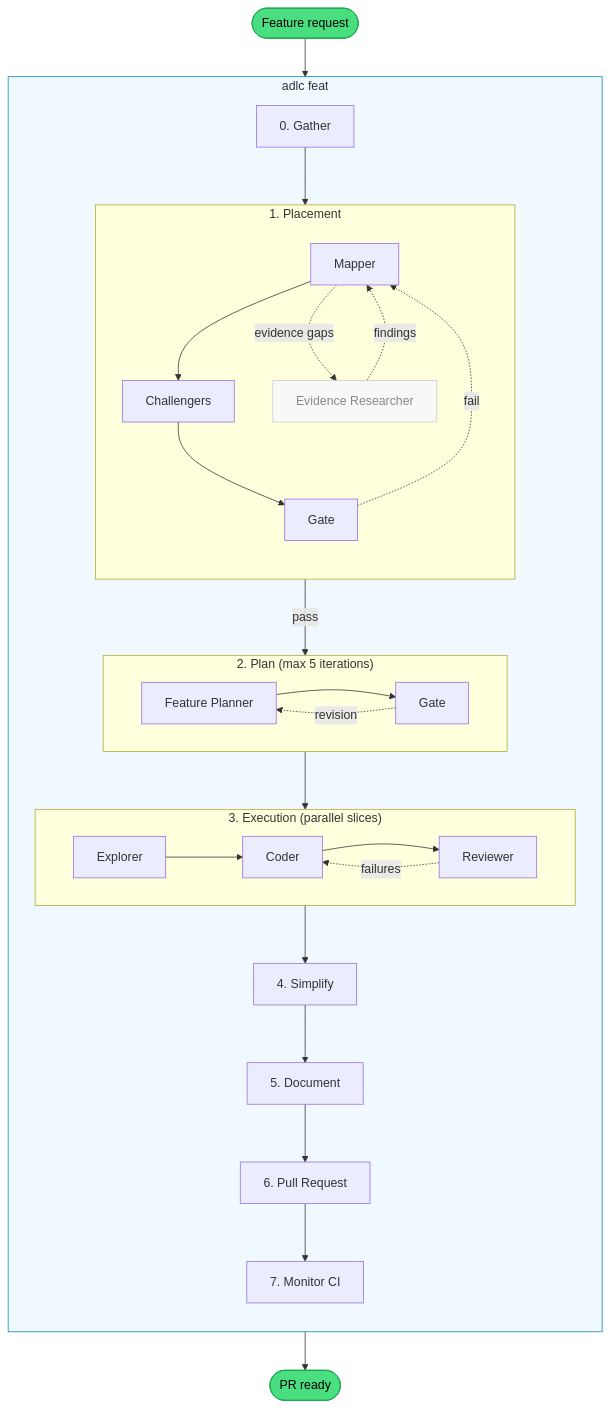
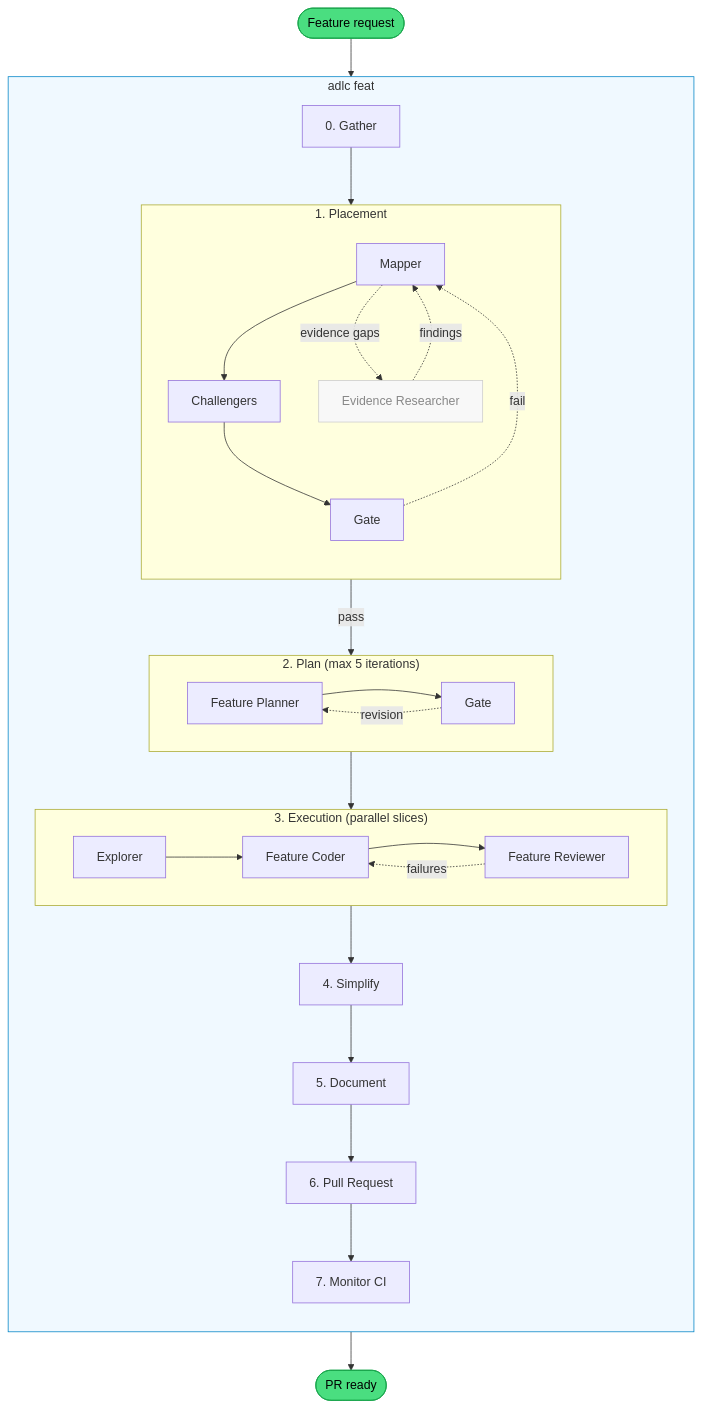
One commit to patricklafrance/plantz-claude-v3 changed the first of 2 diagrams in README.md. Above: the diagram before and after it, drawn with Mermaid. The commit also changed other lines of this file and 29 other files, not shown here.

First line of the commit message:
feat: Introduce feature-coder and feature-reviewer agents with updated hooks and tests

````diff
--- a/README.md
+++ b/README.md
@@ -25,42 +25,42 @@
 ```mermaid
 flowchart TD
     Start([Feature request]) --> Gather
 
     subgraph Coord["adlc feat"]
         direction TB
 
         Gather["0. Gather"] --> ModuleMap
 
         subgraph ModuleMap["1. Placement"]
             direction TB
             Mapper --> Challengers --> Gate
             Mapper -. "evidence gaps" .-> Evidence["Evidence Researcher"] -. findings .-> Mapper
             Gate -. "fail" .-> Mapper
         end
 
         Gate -- "pass" --> PlanLoop
 
         subgraph PlanLoop["2. Plan (max 5 iterations)"]
             direction LR
             Planner["Feature Planner"] --> PlanGate["Gate"]
             PlanGate -. "revision" .-> Planner
         end
 
         PlanLoop --> SliceLoop
 
         subgraph SliceLoop["3. Execution (parallel slices)"]
             direction LR
-            Explorer --> Coder --> Reviewer
-            Reviewer -. "failures" .-> Coder
+            Explorer --> FeatureCoder["Feature Coder"] --> FeatureReviewer["Feature Reviewer"]
+            FeatureReviewer -. "failures" .-> FeatureCoder
         end
 
         SliceLoop --> Simplify["4. Simplify"] --> Document["5. Document"] --> PR["6. Pull Request"] --> Monitor["7. Monitor CI"]
     end
 
     Monitor --> Done([PR ready])
 
     style Start fill:#4ade80,stroke:#16a34a,color:#000
     style Done fill:#4ade80,stroke:#16a34a,color:#000
     style Coord fill:#f0f9ff,stroke:#0284c7
     style Evidence fill:#f8f8f8,stroke:#ccc,color:#888
 ```
````
